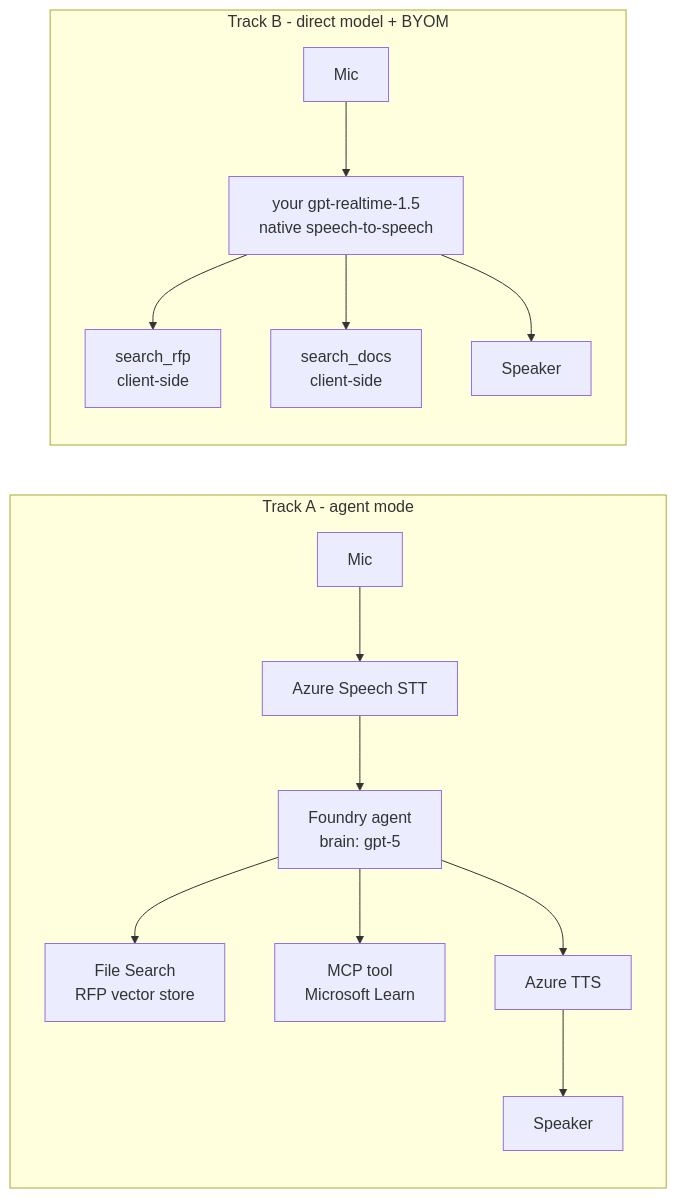
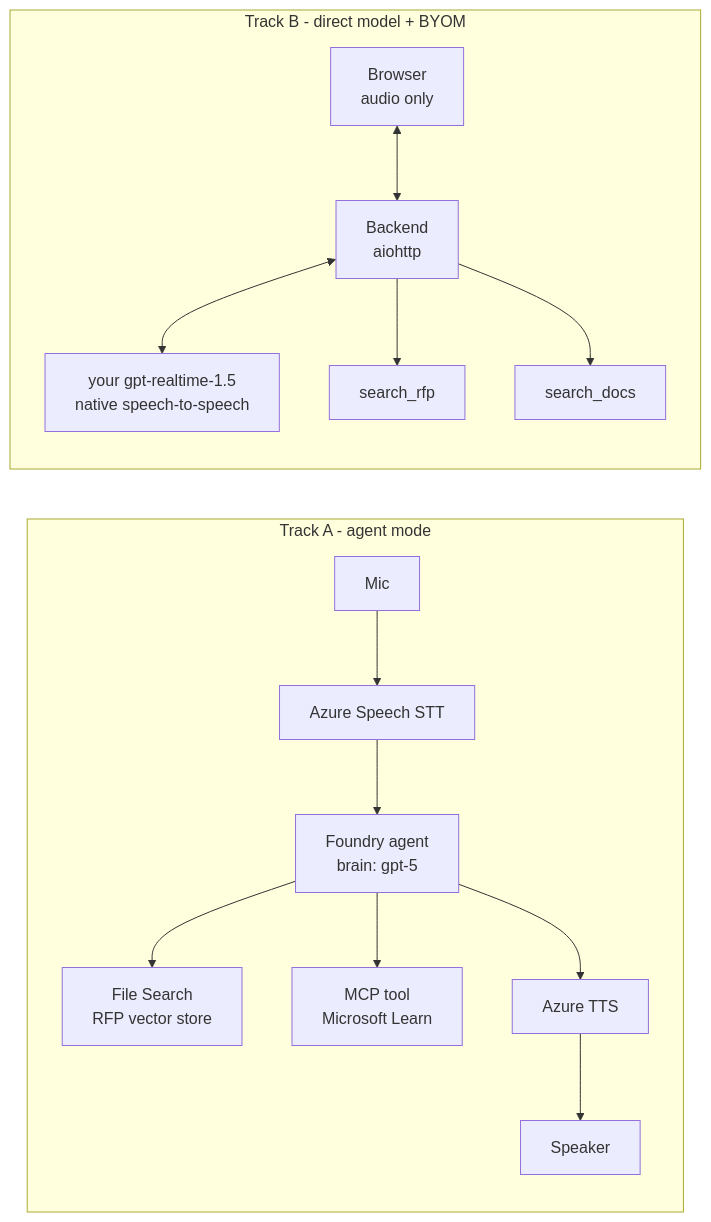
Before and after one commit to yelghali/live-voice-agent-demo: the diagram in README.md, drawn with Mermaid. The commit also changed other lines of this file and 12 other files, not shown here.

````diff
--- a/README.md
+++ b/README.md
@@ -17,19 +17,19 @@
 ```mermaid
 flowchart LR
     subgraph A["Track A - agent mode"]
         direction TB
         A1[Mic] --> A2[Azure Speech STT]
         A2 --> A3["Foundry agent<br/>brain: gpt-5"]
         A3 --> A4[File Search<br/>RFP vector store]
         A3 --> A5[MCP tool<br/>Microsoft Learn]
         A3 --> A6[Azure TTS]
         A6 --> A7[Speaker]
     end
     subgraph B["Track B - direct model + BYOM"]
         direction TB
-        B1[Mic] --> B2["your gpt-realtime-1.5<br/>native speech-to-speech"]
-        B2 --> B3[search_rfp<br/>client-side]
-        B2 --> B4[search_docs<br/>client-side]
-        B2 --> B5[Speaker]
+        B1[Browser<br/>audio only] <--> B2[Backend<br/>aiohttp]
+        B2 <--> B3["your gpt-realtime-1.5<br/>native speech-to-speech"]
+        B2 --> B4[search_rfp]
+        B2 --> B5[search_docs]
     end
 ```
````
